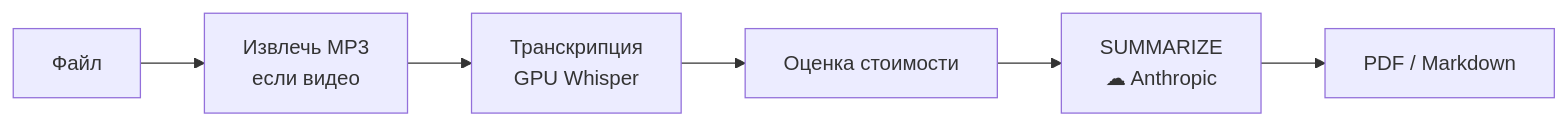
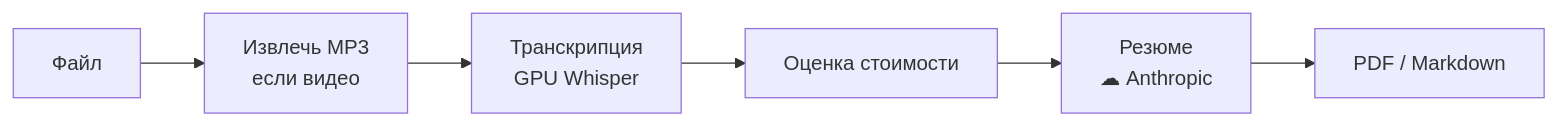
The diagram in docs/USAGE.md (VNQuq/echogist), drawn with Mermaid before and after one commit. The commit also changed other lines of this file, not shown here.

````diff
--- a/docs/USAGE.md
+++ b/docs/USAGE.md
@@ -47,8 +42,8 @@
 ```mermaid
 flowchart LR
     A[Файл] --> B[Извлечь MP3<br/>если видео]
     B --> C[Транскрипция<br/>GPU Whisper]
     C --> D[Оценка стоимости]
-    D --> E[SUMMARIZE<br/>☁ Anthropic]
+    D --> E[Резюме<br/>☁ Anthropic]
     E --> F[PDF / Markdown]
 ```
````
